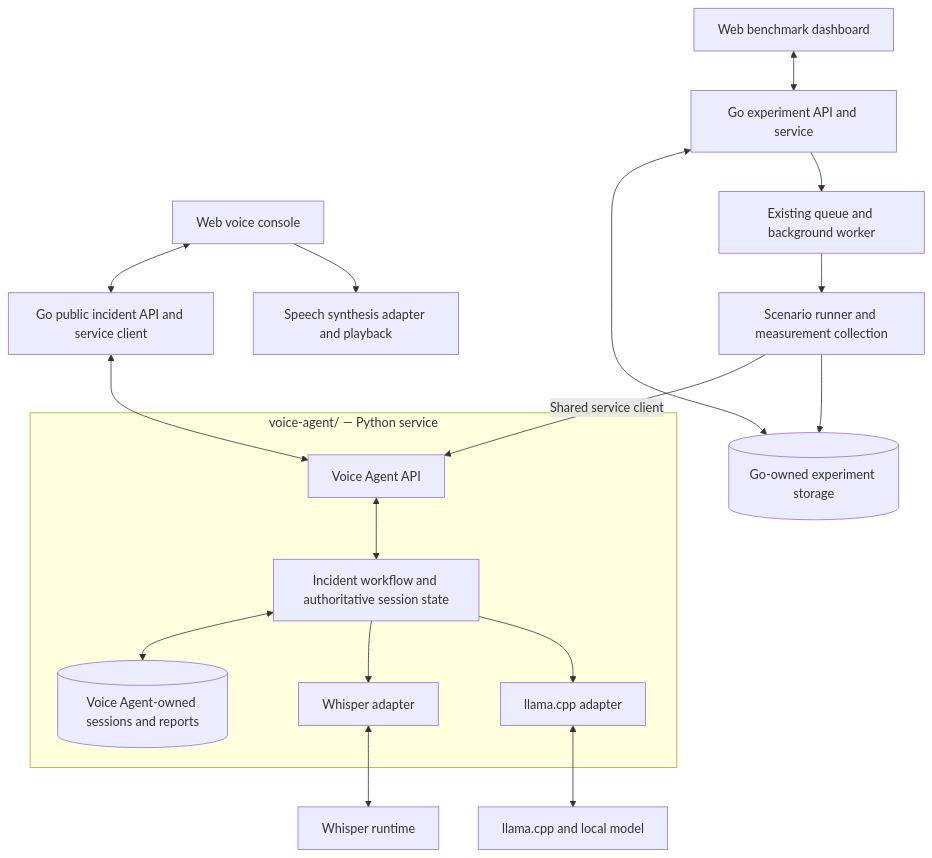
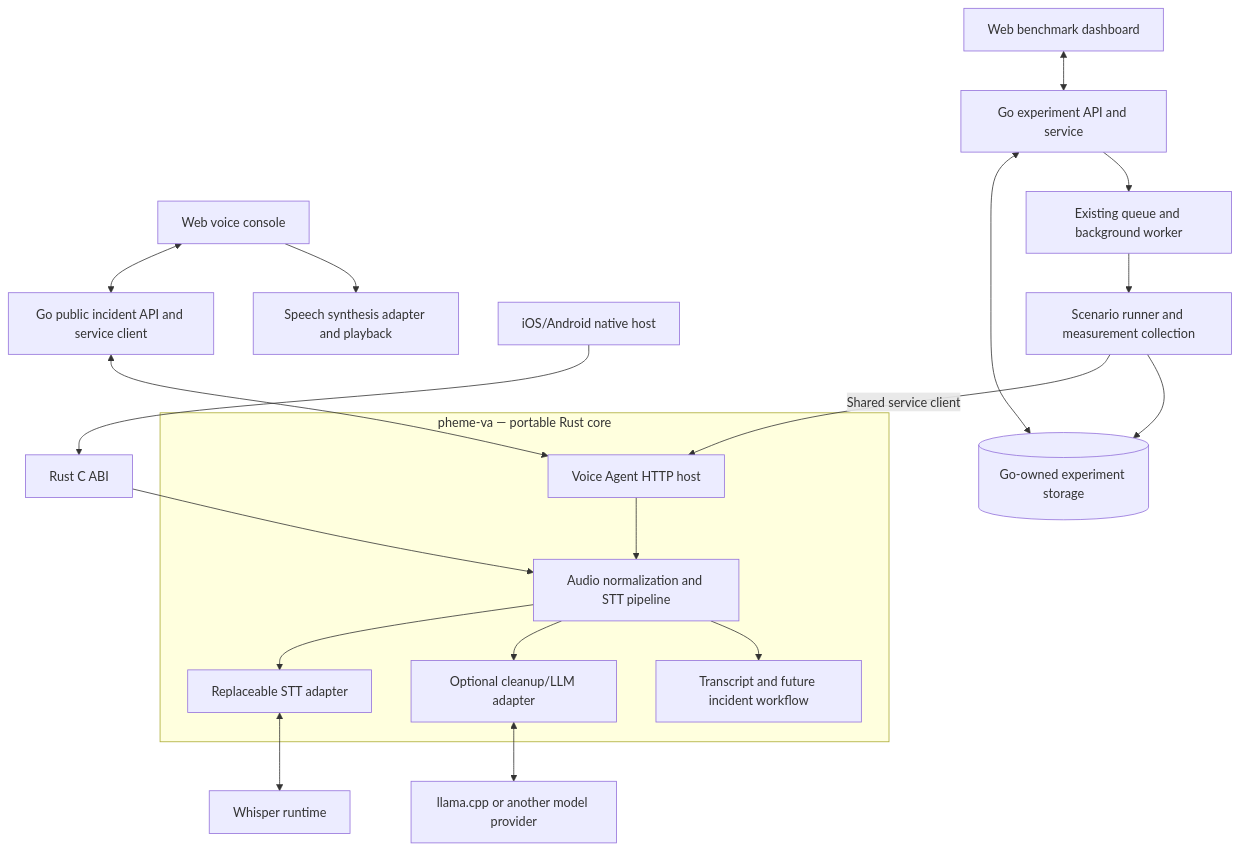
The first of 2 diagrams in docs/architecture.md (CharlieQuirkFYP/agentic-lab), drawn with Mermaid before and after one commit. The commit also changed other lines of this file and 24 other files, not shown here.

Commit message:
feat: added pheme-va, rust rewrite of python-va

````diff
--- a/docs/architecture.md
+++ b/docs/architecture.md
@@ -15,20 +15,22 @@
 ```mermaid
 flowchart TD
     Client[Web voice console] <--> Go[Go public incident API and service client]
     Dashboard[Web benchmark dashboard] <--> Experiments[Go experiment API and service]
     Experiments <--> Results[(Go-owned experiment storage)]
     Experiments --> Queue[Existing queue and background worker]
     Queue --> Runner[Scenario runner and measurement collection]
     Runner -->|Shared service client| AgentAPI
-    Go <--> AgentAPI[Voice Agent API]
-    subgraph VoiceAgent[voice-agent/ — Python service]
-        AgentAPI <--> Workflow[Incident workflow and authoritative session state]
-        Workflow <--> Reports[(Voice Agent-owned sessions and reports)]
-        Workflow --> WhisperAdapter[Whisper adapter]
-        Workflow --> LLMAdapter[llama.cpp adapter]
+    Go <--> AgentAPI[Voice Agent HTTP host]
+    subgraph RustAgent[pheme-va — portable Rust core]
+        AgentAPI --> Core[Audio normalization and STT pipeline]
+        Core --> WhisperAdapter[Replaceable STT adapter]
+        Core --> LLMAdapter[Optional cleanup/LLM adapter]
+        Core --> Draft[Transcript and future incident workflow]
     end
     WhisperAdapter <--> Whisper[Whisper runtime]
-    LLMAdapter <--> LLM[llama.cpp and local model]
+    LLMAdapter <--> LLM[llama.cpp or another model provider]
+    Mobile[iOS/Android native host] --> FFI[Rust C ABI]
+    FFI --> Core
     Client --> TTS[Speech synthesis adapter and playback]
     Runner --> Results
 ```
````
